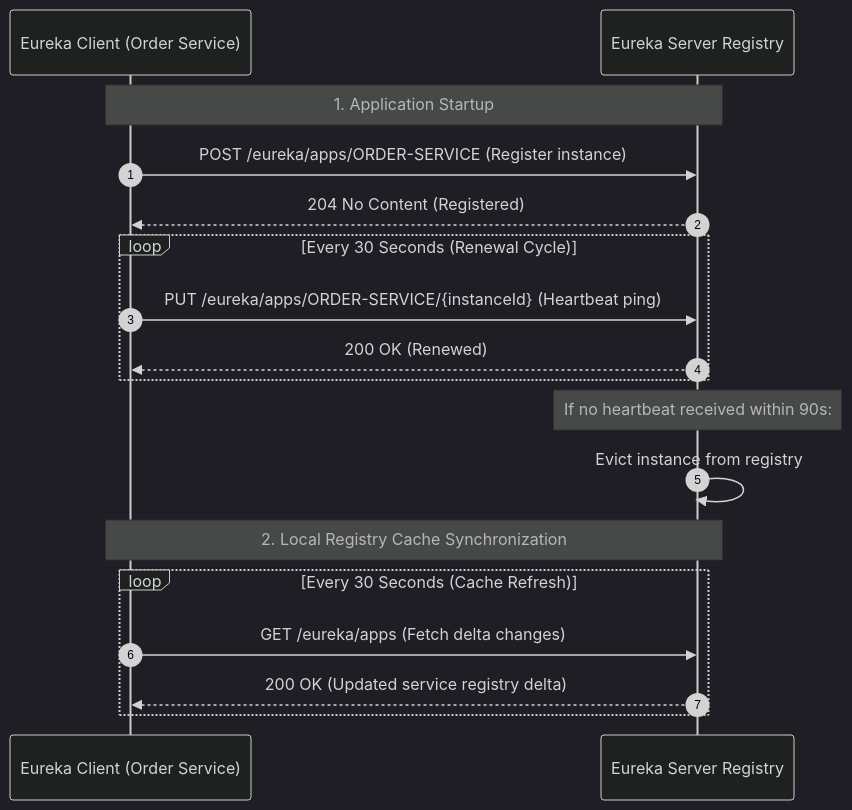
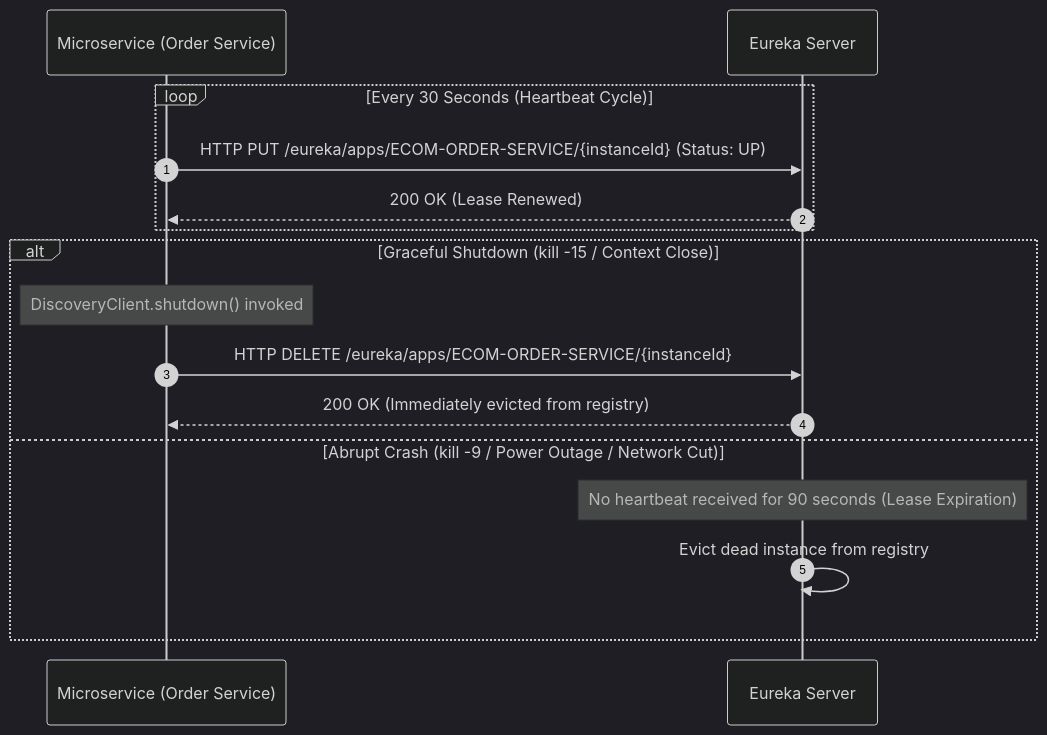
One commit to rohithgowda18/Notes changed the seventh of 9 diagrams in spring-boot-microservices-notes/03-service-discovery.md. Above: the diagram before and after it, drawn with Mermaid (dark theme). The commit also changed other lines of this file, not shown here.

Commit message:
Expand 03-service-discovery with complete video guide: Startup registration lifecycle, in-memory registry, local cache delta scheduler, DiscoveryClient, heartbeats, eviction, and Feign load balancing internals

````diff
--- a/spring-boot-microservices-notes/03-service-discovery.md
+++ b/spring-boot-microservices-notes/03-service-discovery.md
@@ -207,24 +349,20 @@
 ```mermaid
 sequenceDiagram
     autonumber
-    participant EC as Eureka Client (Order Service)
-    participant ES as Eureka Server Registry
+    participant Client as Microservice (Order Service)
+    participant Eureka as Eureka Server
 
-    Note over EC,ES: 1. Application Startup
-    EC->>ES: POST /eureka/apps/ORDER-SERVICE (Register instance)
-    ES-->>EC: 204 No Content (Registered)
-
-    loop Every 30 Seconds (Renewal Cycle)
-        EC->>ES: PUT /eureka/apps/ORDER-SERVICE/{instanceId} (Heartbeat ping)
-        ES-->>EC: 200 OK (Renewed)
+    loop Every 30 Seconds (Heartbeat Cycle)
+        Client->>Eureka: HTTP PUT /eureka/apps/ECOM-ORDER-SERVICE/{instanceId} (Status: UP)
+        Eureka-->>Client: 200 OK (Lease Renewed)
     end
 
-    Note over ES: If no heartbeat received within 90s:
-    ES->>ES: Evict instance from registry
-
-    Note over EC,ES: 2. Local Registry Cache Synchronization
-    loop Every 30 Seconds (Cache Refresh)
-        EC->>ES: GET /eureka/apps (Fetch delta changes)
-        ES-->>EC: 200 OK (Updated service registry delta)
+    alt Graceful Shutdown (kill -15 / Context Close)
+        Note over Client: DiscoveryClient.shutdown() invoked
+        Client->>Eureka: HTTP DELETE /eureka/apps/ECOM-ORDER-SERVICE/{instanceId}
+        Eureka-->>Client: 200 OK (Immediately evicted from registry)
+    else Abrupt Crash (kill -9 / Power Outage / Network Cut)
+        Note over Eureka: No heartbeat received for 90 seconds (Lease Expiration)
+        Eureka->>Eureka: Evict dead instance from registry
     end
 ```
````
